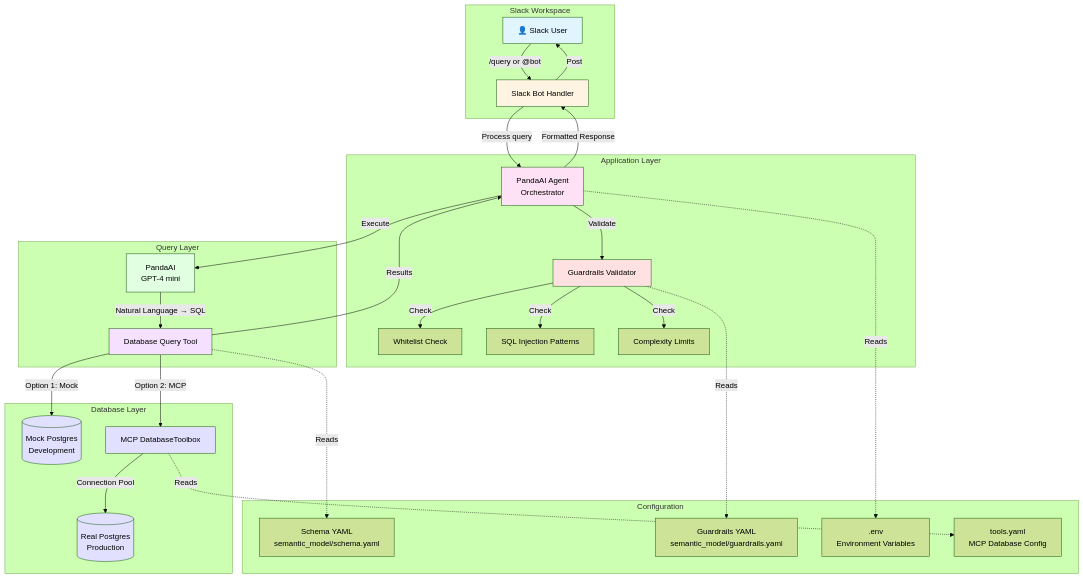
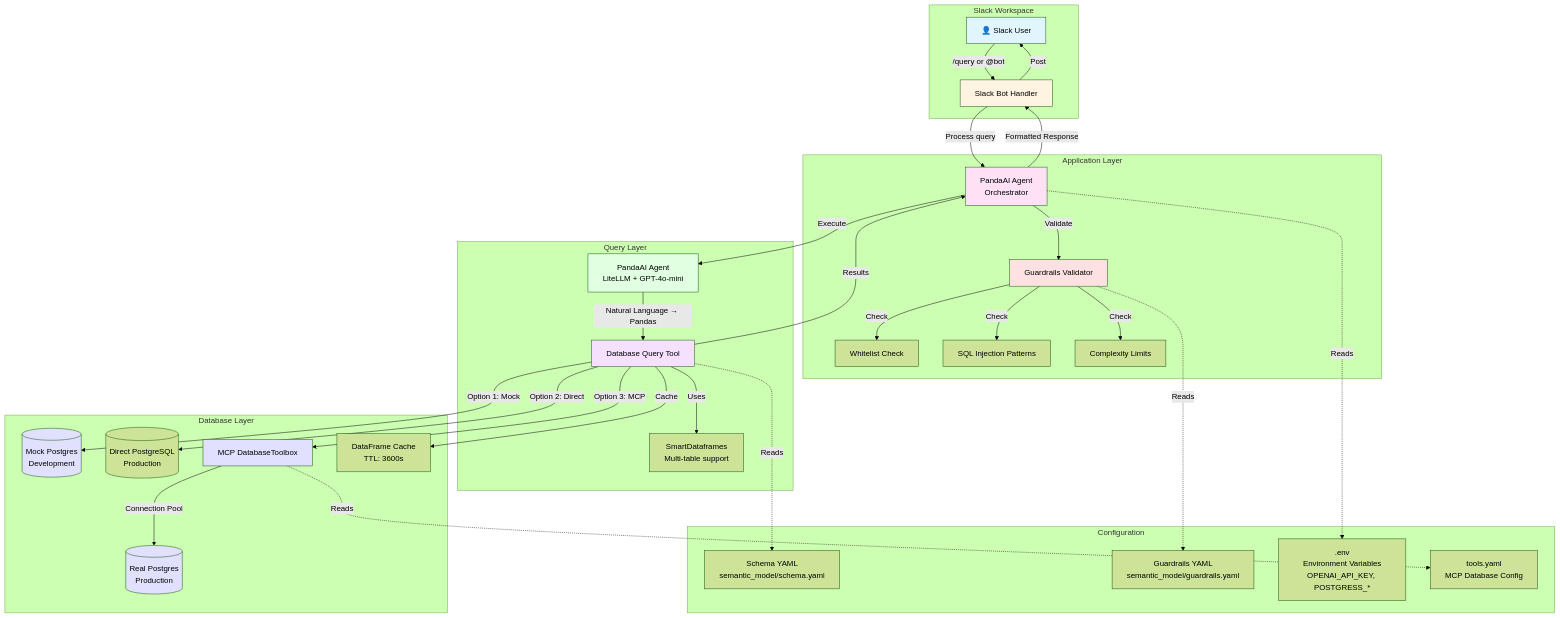
One commit to AgileCatalystDV/futureproofdscapstone changed the first of 7 diagrams in capstone-slackbot/ARCHITECTURE.md. Above: the diagram before and after it, drawn with Mermaid (forest theme). The commit also changed other lines of this file and 1 other file, not shown here.

First line of the commit message:
Update architecture documentation and improve PandasAI error handling

````diff
--- a/capstone-slackbot/ARCHITECTURE.md
+++ b/capstone-slackbot/ARCHITECTURE.md
@@ -5,52 +5,55 @@
 ```mermaid
 graph TB
     subgraph "Slack Workspace"
         User[👤 Slack User]
         User -->|/query or @bot| SlackBot[Slack Bot Handler]
     end
     
     subgraph "Application Layer"
         SlackBot -->|Process query| Agent[PandaAI Agent<br/>Orchestrator]
         Agent -->|Validate| Guardrails[Guardrails Validator]
         Guardrails -->|Check| Whitelist[Whitelist Check]
         Guardrails -->|Check| Regex[SQL Injection Patterns]
         Guardrails -->|Check| Complexity[Complexity Limits]
     end
     
     subgraph "Query Layer"
-        Agent -->|Execute| PandaAI[PandaAI<br/>GPT-4 mini]
-        PandaAI -->|Natural Language → SQL| QueryTool[Database Query Tool]
+        Agent -->|Execute| PandaAI[PandaAI Agent<br/>LiteLLM + GPT-4o-mini]
+        PandaAI -->|Natural Language → Pandas| QueryTool[Database Query Tool]
+        QueryTool -->|Uses| DataFrames[SmartDataframes<br/>Multi-table support]
     end
     
     subgraph "Database Layer"
         QueryTool -->|Option 1: Mock| MockDB[(Mock Postgres<br/>Development)]
-        QueryTool -->|Option 2: MCP| MCPToolbox[MCP DatabaseToolbox]
+        QueryTool -->|Option 2: Direct| DirectDB[(Direct PostgreSQL<br/>Production)]
+        QueryTool -->|Option 3: MCP| MCPToolbox[MCP DatabaseToolbox]
         MCPToolbox -->|Connection Pool| RealDB[(Real Postgres<br/>Production)]
+        QueryTool -->|Cache| Cache[DataFrame Cache<br/>TTL: 3600s]
     end
     
     subgraph "Configuration"
         Schema[Schema YAML<br/>semantic_model/schema.yaml]
         GuardrailsYAML[Guardrails YAML<br/>semantic_model/guardrails.yaml]
-        EnvVars[.env<br/>Environment Variables]
+        EnvVars[.env<br/>Environment Variables<br/>OPENAI_API_KEY, POSTGRESS_*]
         ToolsYAML[tools.yaml<br/>MCP Database Config]
     end
     
     Guardrails -.->|Reads| GuardrailsYAML
     QueryTool -.->|Reads| Schema
     Agent -.->|Reads| EnvVars
     MCPToolbox -.->|Reads| ToolsYAML
     
     QueryTool -->|Results| Agent
     Agent -->|Formatted Response| SlackBot
     SlackBot -->|Post| User
     
     style User fill:#e1f5ff
     style SlackBot fill:#fff4e1
     style Agent fill:#ffe1f5
     style Guardrails fill:#ffe1e1
     style PandaAI fill:#e1ffe1
     style QueryTool fill:#f5e1ff
     style MockDB fill:#e1e1ff
     style MCPToolbox fill:#e1e1ff
     style RealDB fill:#e1e1ff
 ```
````
